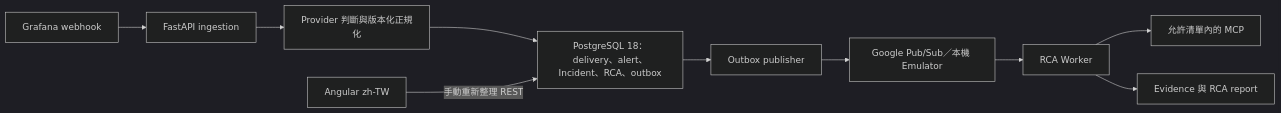
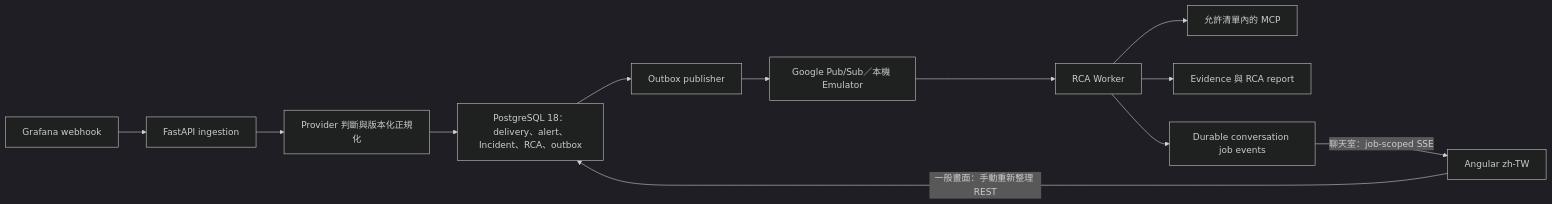
One commit to LinYungYuan/cloud-sre-ai-agent changed the diagram in docs/superpowers/specs/2026-08-13-grafana-normalization-rca-worker-design.md. Above: the diagram before and after it, drawn with Mermaid (dark theme). The commit also changed other lines of this file, not shown here.

````diff
--- a/docs/superpowers/specs/2026-08-13-grafana-normalization-rca-worker-design.md
+++ b/docs/superpowers/specs/2026-08-13-grafana-normalization-rca-worker-design.md
@@ -38,12 +40,14 @@
 ```mermaid
 flowchart LR
     G["Grafana webhook"] --> A["FastAPI ingestion"]
     A --> N["Provider 判斷與版本化正規化"]
     N --> D["PostgreSQL 18：delivery、alert、Incident、RCA、outbox"]
     D --> O["Outbox publisher"]
     O --> P["Google Pub/Sub／本機 Emulator"]
     P --> W["RCA Worker"]
     W --> M["允許清單內的 MCP"]
     W --> R["Evidence 與 RCA report"]
-    U["Angular zh-TW"] -->|"手動重新整理 REST"| D
+    U["Angular zh-TW"] -->|"一般畫面：手動重新整理 REST"| D
+    W --> C["Durable conversation job events"]
+    C -->|"聊天室：job-scoped SSE"| U
 ```
````
